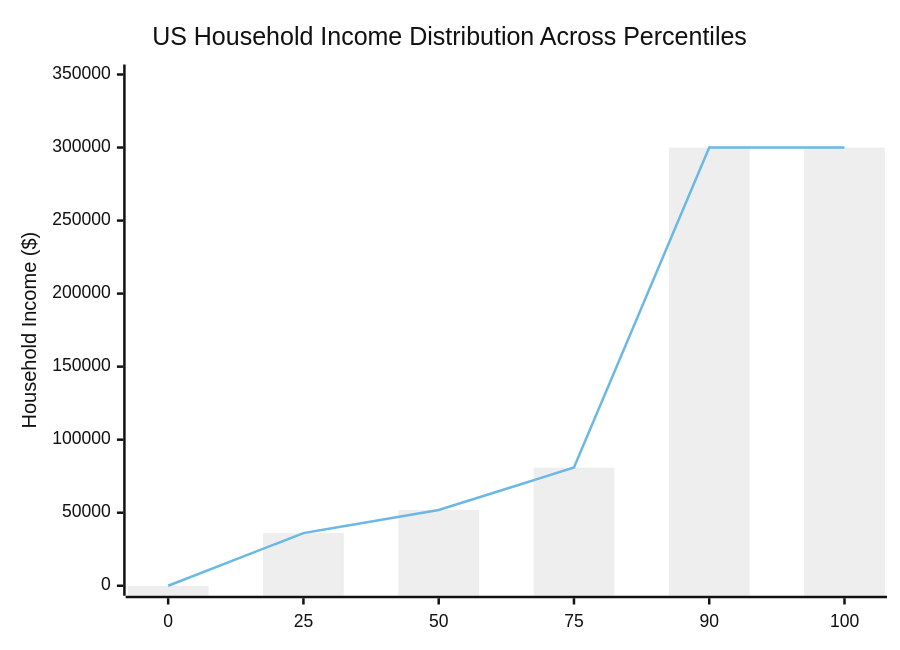
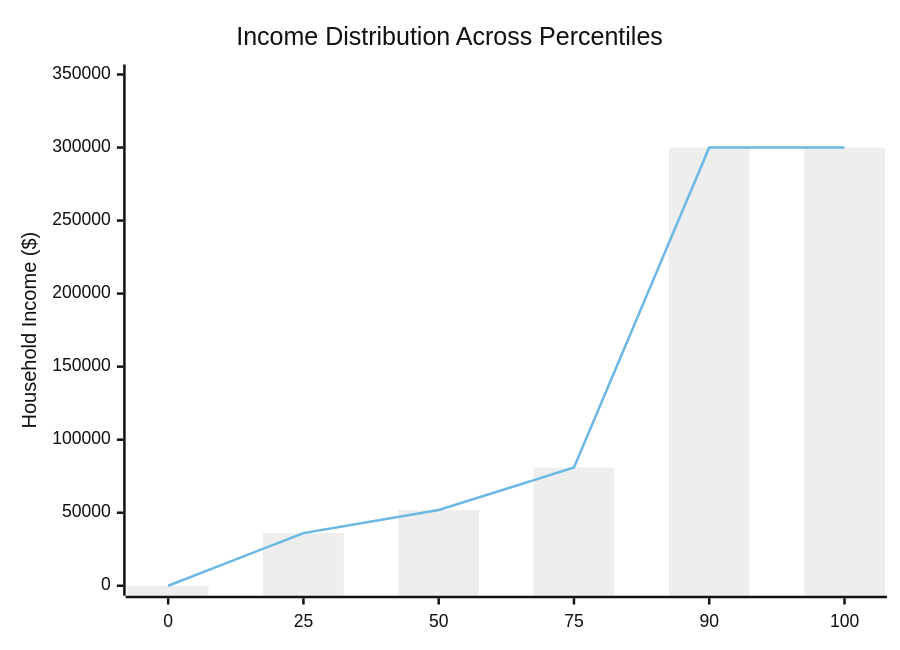
Before and after one commit to tzolkowski96/tzolkowski96: the seventh of 10 diagrams in us-household-income-analysis/README.md, drawn with Mermaid (neutral theme). The commit also changed other lines of this file, not shown here.

Commit message:
refactor README.md for improved clarity and consistency in flowcharts and descriptions

````diff
--- a/us-household-income-analysis/README.md
+++ b/us-household-income-analysis/README.md
@@ -841,8 +827,8 @@
 ```mermaid
 xychart-beta
-    title "US Household Income Distribution Across Percentiles"
+    title "Income Distribution Across Percentiles"
     x-axis [0, 25, 50, 75, 90, 100]
     y-axis "Household Income ($)" 0 --> 350000
     bar [0, 36039, 51871, 80909, 300000, 300000]
     line [0, 36039, 51871, 80909, 300000, 300000]
 ```
````
